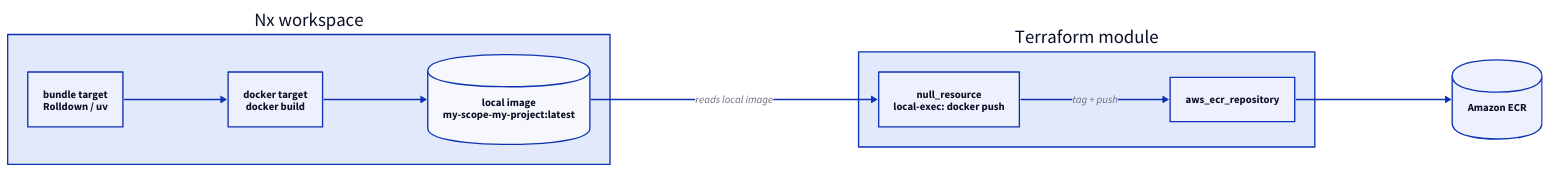
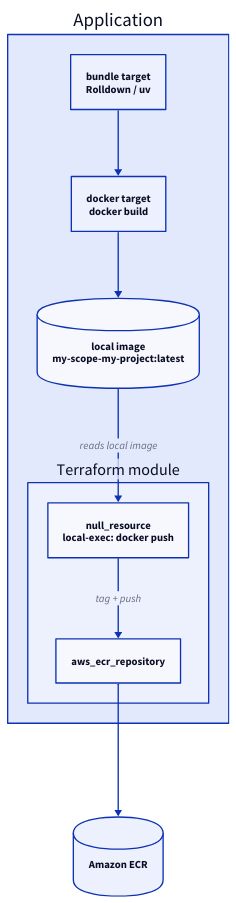
The third of 3 diagrams in docs/src/content/docs/en/guides/docker-bundling.mdx (awslabs/nx-plugin-for-aws), drawn with D2 before and after one commit. The commit also changed other lines of this file, not shown here.

Commit message:
docs(docker-bundling): relabel CDK container as "Application", stack Terraform diagram vertically
- CDK diagram: group the bundle output and the CDK app together as
  "Application" so the containment matches reality (the CDK app lives
  inside the Nx workspace).
- Terraform diagram: switch to direction: down and nest the Terraform
  module inside the Application box so the diagram stays readable at
  blog-width instead of stretching horizontally.

````diff
--- a/docs/src/content/docs/en/guides/docker-bundling.mdx
+++ b/docs/src/content/docs/en/guides/docker-bundling.mdx
@@ -316,25 +315,24 @@
 ```d2
-direction: right
+direction: down
 
-nx: Nx workspace {
+app: Application {
   bundle: "bundle target\nRolldown / uv"
   build: "docker target\ndocker build"
   img: "local image\nmy-scope-my-project:latest" {
     shape: cylinder
   }
+  tf: Terraform module {
+    repo: aws_ecr_repository
+    publish: "null_resource\nlocal-exec: docker push"
+    publish -> repo: tag + push
+  }
   bundle -> build -> img
-}
-
-tf: Terraform module {
-  repo: aws_ecr_repository
-  publish: "null_resource\nlocal-exec: docker push"
-  publish -> repo: tag + push
+  img -> tf.publish: reads local image
 }
 
 ecr: "Amazon ECR" {
   shape: cylinder
 }
 
-nx.img -> tf.publish: reads local image
-tf.repo -> ecr
+app.tf.repo -> ecr
 ```
````
